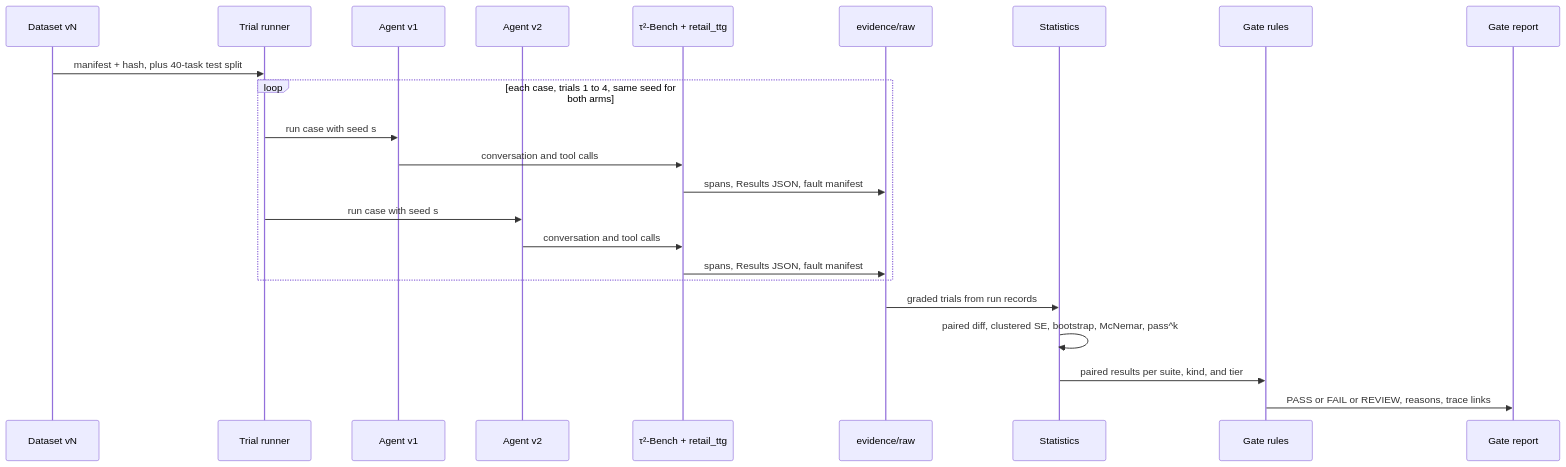
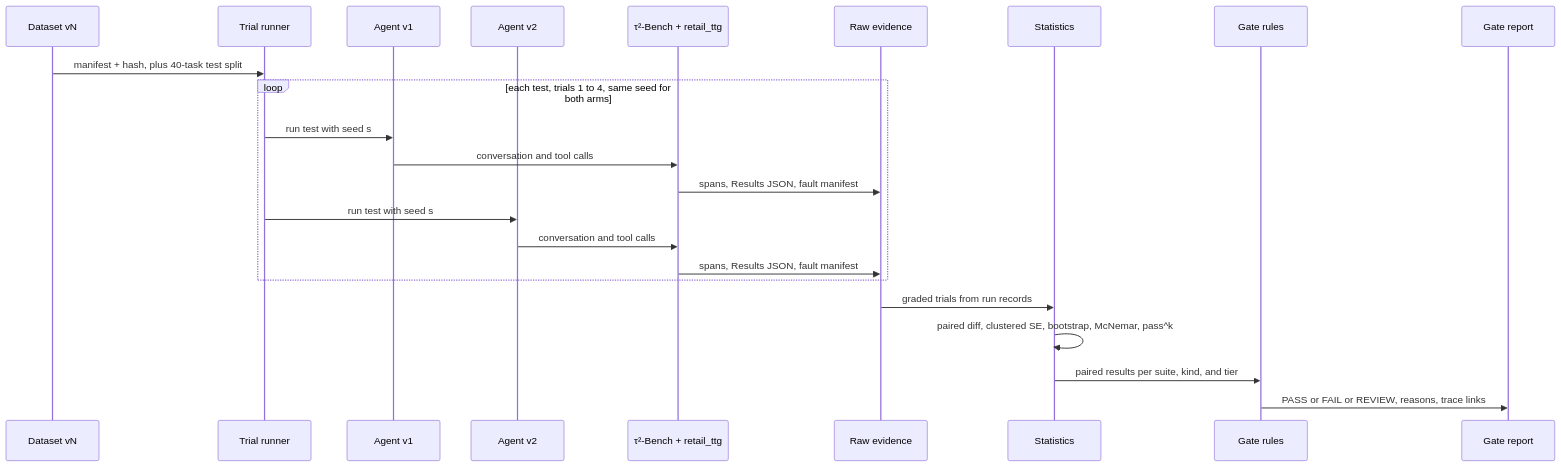
One commit to Neeraj138/trace-to-gate changed the seventh of 13 diagrams in .agents/artifacts/tracetogate-foundations/04b-final-architecture-tracetogate-foundations.md. Above: the diagram before and after it, drawn with Mermaid. The commit also changed other lines of this file and 2 other files, not shown here.

First line of the commit message:
Rewrite architecture as a self-contained system design document

````diff
--- a/.agents/artifacts/tracetogate-foundations/04b-final-architecture-tracetogate-foundations.md
+++ b/.agents/artifacts/tracetogate-foundations/04b-final-architecture-tracetogate-foundations.md
@@ -449,26 +476,26 @@
 ```mermaid
 sequenceDiagram
     participant DS as Dataset vN
     participant TR as Trial runner
     participant A1 as Agent v1
     participant A2 as Agent v2
     participant T2 as τ²-Bench + retail_ttg
-    participant EV as evidence/raw
+    participant EV as Raw evidence
     participant ST as Statistics
     participant GT as Gate rules
     participant RP as Gate report
 
     DS->>TR: manifest + hash, plus 40-task test split
-    loop each case, trials 1 to 4, same seed for both arms
-        TR->>A1: run case with seed s
+    loop each test, trials 1 to 4, same seed for both arms
+        TR->>A1: run test with seed s
         A1->>T2: conversation and tool calls
         T2->>EV: spans, Results JSON, fault manifest
-        TR->>A2: run case with seed s
+        TR->>A2: run test with seed s
         A2->>T2: conversation and tool calls
         T2->>EV: spans, Results JSON, fault manifest
     end
     EV->>ST: graded trials from run records
     ST->>ST: paired diff, clustered SE, bootstrap, McNemar, pass^k
     ST->>GT: paired results per suite, kind, and tier
     GT->>RP: PASS or FAIL or REVIEW, reasons, trace links
 ```
````
